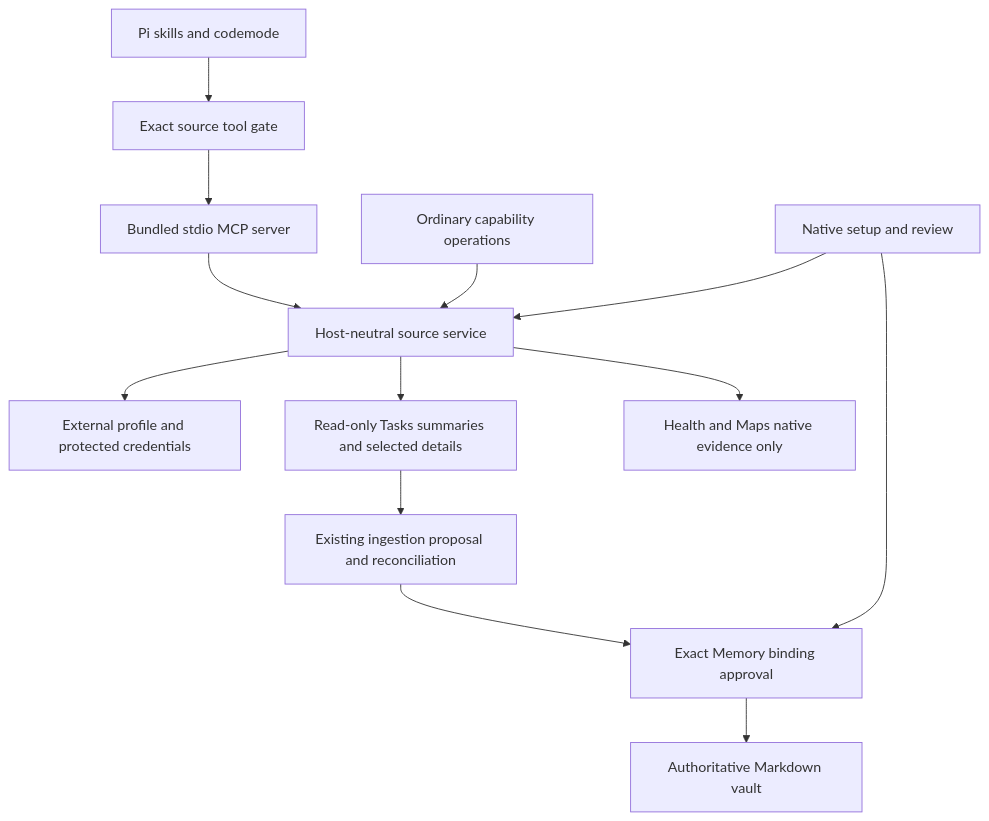
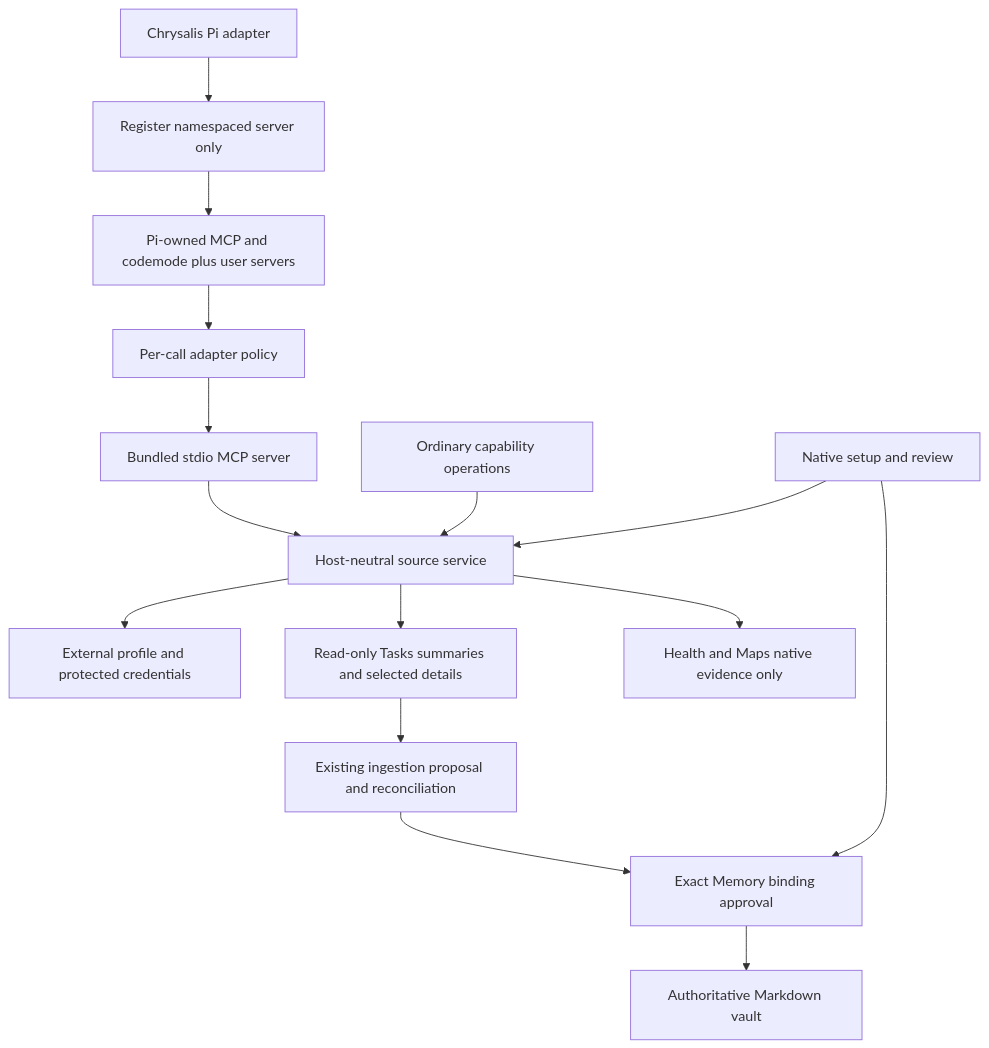
One commit to tama-gucci/chrysalis changed the fifth of 7 diagrams in ARCHITECTURE.md. Above: the diagram before and after it, drawn with Mermaid. The commit also changed other lines of this file and 101 other files, not shown here.

````diff
--- a/ARCHITECTURE.md
+++ b/ARCHITECTURE.md
@@ -152,15 +156,17 @@
 ```mermaid
 flowchart TD
-    Pi[Pi skills and codemode] --> Gate[Exact source tool gate]
+    Pi[Pi-owned MCP and codemode plus user servers] --> Gate[Per-call adapter policy]
+    Adapter[Chrysalis Pi adapter] --> Registration[Register namespaced server only]
+    Registration --> Pi
     Gate --> MCP[Bundled stdio MCP server]
     MCP --> Service[Host-neutral source service]
     Ops[Ordinary capability operations] --> Service
     Native[Native setup and review] --> Service
     Native --> Approval[Exact Memory binding approval]
     Service --> Auth[External profile and protected credentials]
     Service --> Tasks[Read-only Tasks summaries and selected details]
     Service --> Restricted[Health and Maps native evidence only]
     Tasks --> Draft[Existing ingestion proposal and reconciliation]
     Draft --> Approval
     Approval --> Vault[Authoritative Markdown vault]
 ```
````
